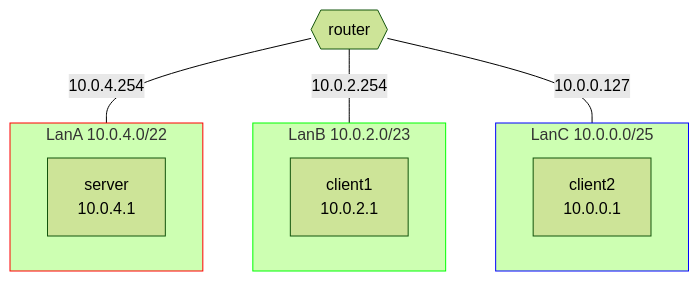
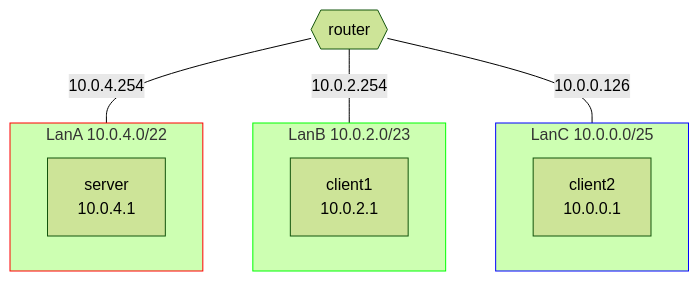
The fourth of 4 diagrams in esercizi/completi/rock-paper-scissors/README.md (TendTo/Tutorato-Reti-di-Calcolatori), drawn with Mermaid (forest theme) before and after one commit. The commit also changed other lines of this file, not shown here.

````diff
--- a/esercizi/completi/rock-paper-scissors/README.md
+++ b/esercizi/completi/rock-paper-scissors/README.md
@@ -149,26 +149,26 @@
 ```mermaid
 flowchart TB
 
 
 r{{router}}
 
 subgraph lA[LanA 10.0.4.0/22]
     s[server\n10.0.4.1]
 end
 
 subgraph lB[LanB 10.0.2.0/23]
     c1[client1\n10.0.2.1]
 end
 
 subgraph lC[LanC 10.0.0.0/25]
     c2[client2\n10.0.0.1]
 end
 
 style lA stroke:#f00
 style lB stroke:#0f0
 style lC stroke:#00f
 
     r --10.0.4.254--- lA
     r --10.0.2.254--- lB
-    r --10.0.0.127--- lC
+    r --10.0.0.126--- lC
 ```
````
